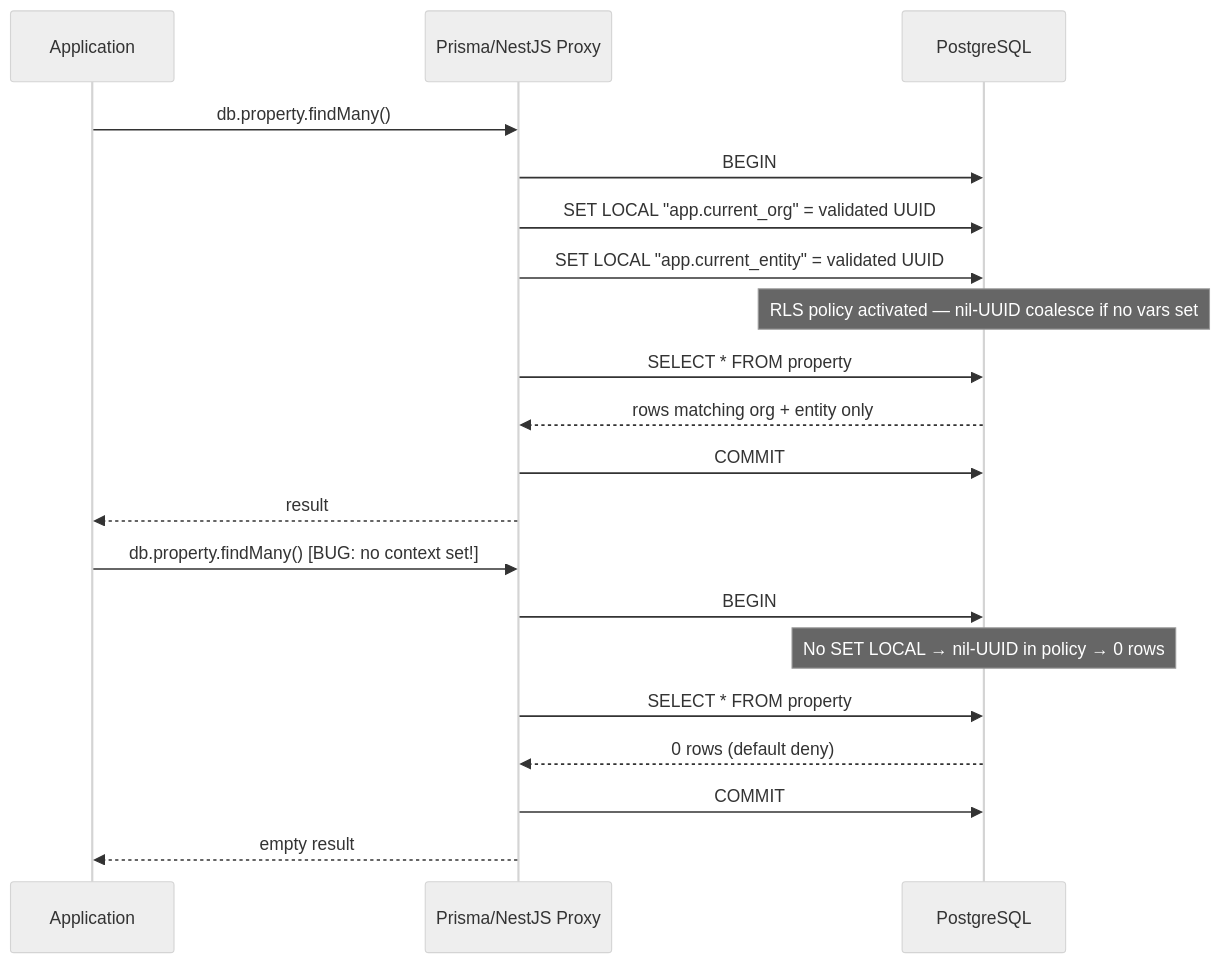
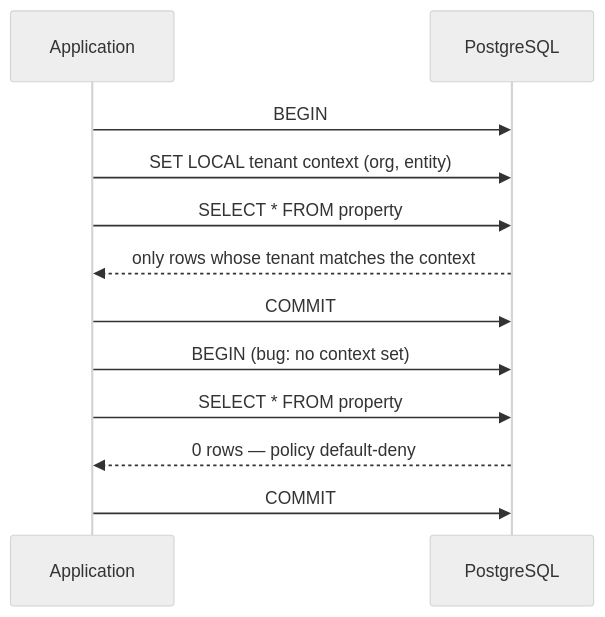
Before and after one commit to Sebastian-O-Rodriguez/showcase-pmlad: the second of 2 diagrams in README.md, drawn with Mermaid (neutral theme). The commit also changed other lines of this file, not shown here.

````diff
--- a/README.md
+++ b/README.md
@@ -71,24 +45,16 @@
 ```mermaid
 sequenceDiagram
     participant App as Application
-    participant Proxy as Prisma/NestJS Proxy
-    participant PG as PostgreSQL
+    participant DB as PostgreSQL
 
-    App->>Proxy: db.property.findMany()
-    Proxy->>PG: BEGIN
-    Proxy->>PG: SET LOCAL "app.current_org" = validated UUID
-    Proxy->>PG: SET LOCAL "app.current_entity" = validated UUID
-    Note over PG: RLS policy activated — nil-UUID coalesce if no vars set
-    Proxy->>PG: SELECT * FROM property
-    PG-->>Proxy: rows matching org + entity only
-    Proxy->>PG: COMMIT
-    Proxy-->>App: result
+    App->>DB: BEGIN
+    App->>DB: SET LOCAL tenant context (org, entity)
+    App->>DB: SELECT * FROM property
+    DB-->>App: only rows whose tenant matches the context
+    App->>DB: COMMIT
 
-    App->>Proxy: db.property.findMany()  [BUG: no context set!]
-    Proxy->>PG: BEGIN
-    Note over PG: No SET LOCAL → nil-UUID in policy → 0 rows
-    Proxy->>PG: SELECT * FROM property
-    PG-->>Proxy: 0 rows (default deny)
-    Proxy->>PG: COMMIT
-    Proxy-->>App: empty result
+    App->>DB: BEGIN (bug: no context set)
+    App->>DB: SELECT * FROM property
+    DB-->>App: 0 rows — policy default-deny
+    App->>DB: COMMIT
 ```
````
